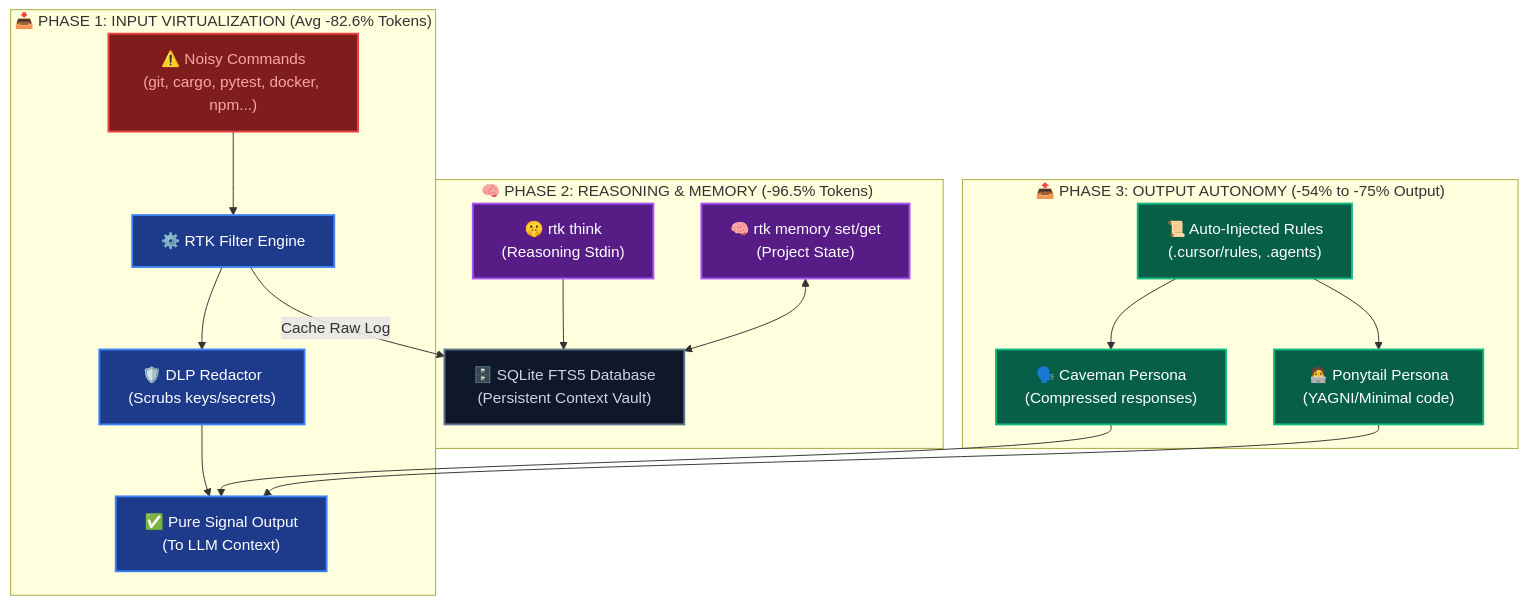
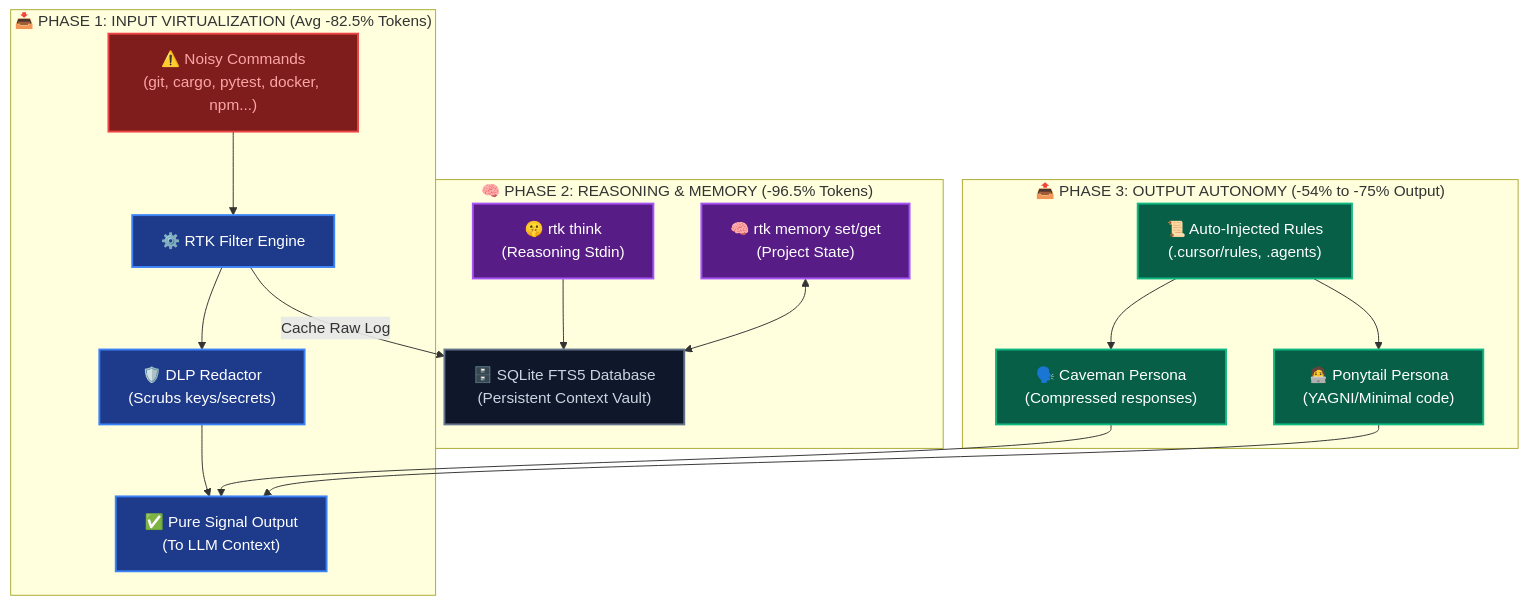
One commit to andreafinazziinfo/ai-token-saver changed the first of 3 diagrams in README.md. Above: the diagram before and after it, drawn with Mermaid. The commit also changed other lines of this file and 5 other files, not shown here.

````diff
--- a/README.md
+++ b/README.md
@@ -37,42 +37,42 @@
 ```mermaid
 graph TD
     %% Define color classes
     classDef phase1 fill:#1e3a8a,stroke:#3b82f6,stroke-width:2px,color:#fff;
     classDef phase2 fill:#581c87,stroke:#a855f7,stroke-width:2px,color:#fff;
     classDef phase3 fill:#065f46,stroke:#10b981,stroke-width:2px,color:#fff;
     classDef database fill:#0f172a,stroke:#64748b,stroke-width:2px,color:#cbd5e1;
     classDef raw fill:#7f1d1d,stroke:#ef4444,stroke-width:2px,color:#fca5a5;
 
     %% Nodes
-    subgraph P1["📥 PHASE 1: INPUT VIRTUALIZATION (Avg -82.6% Tokens)"]
+    subgraph P1["📥 PHASE 1: INPUT VIRTUALIZATION (Avg -82.5% Tokens)"]
         RawCmds["⚠️ Noisy Commands<br/>(git, cargo, pytest, docker, npm...)"]:::raw
         RTKEngine["⚙️ RTK Filter Engine"]:::phase1
         DLP["🛡️ DLP Redactor<br/>(Scrubs keys/secrets)"]:::phase1
         FilteredOut["✅ Pure Signal Output<br/>(To LLM Context)"]:::phase1
     end
 
     subgraph P2["🧠 PHASE 2: REASONING & MEMORY (-96.5% Tokens)"]
         RTKThink["🤫 rtk think<br/>(Reasoning Stdin)"]:::phase2
         FTS5["🗄️ SQLite FTS5 Database<br/>(Persistent Context Vault)"]:::database
         RTKMemory["🧠 rtk memory set/get<br/>(Project State)"]:::phase2
     end
 
     subgraph P3["📤 PHASE 3: OUTPUT AUTONOMY (-54% to -75% Output)"]
         SystemRules["📜 Auto-Injected Rules<br/>(.cursor/rules, .agents)"]:::phase3
         Caveman["🗣️ Caveman Persona<br/>(Compressed responses)"]:::phase3
         Ponytail["🧑‍💻 Ponytail Persona<br/>(YAGNI/Minimal code)"]:::phase3
     end
 
     %% Flows
     RawCmds --> RTKEngine
     RTKEngine --> DLP
     DLP --> FilteredOut
     RTKEngine -- "Cache Raw Log" --> FTS5
     
     RTKThink --> FTS5
     RTKMemory <--> FTS5
 
     SystemRules --> Caveman
     SystemRules --> Ponytail
     Caveman & Ponytail --> FilteredOut
 ```
````
